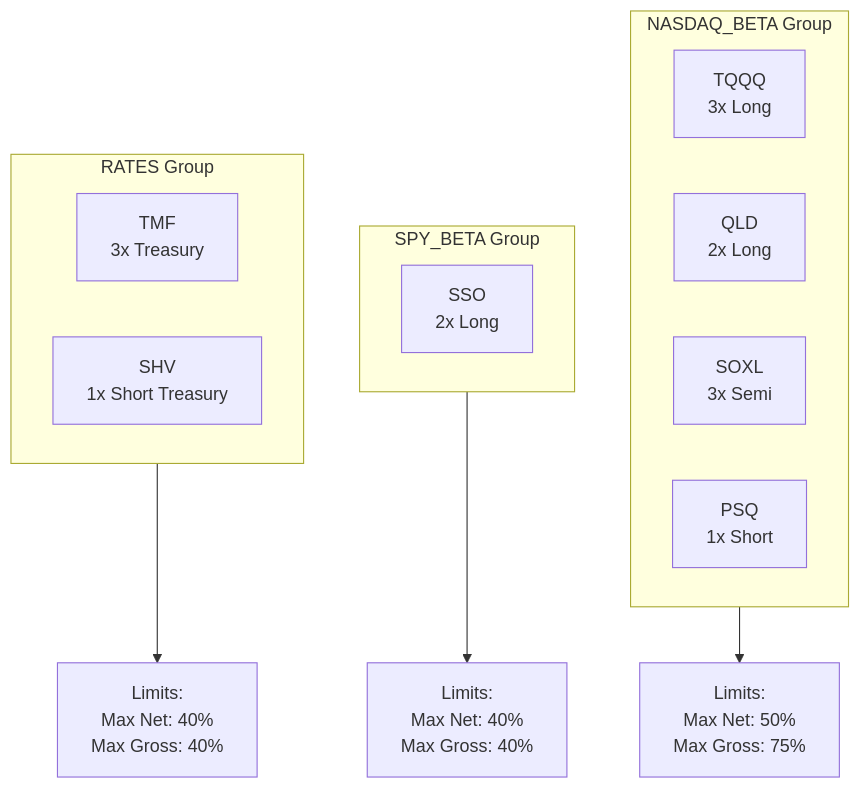
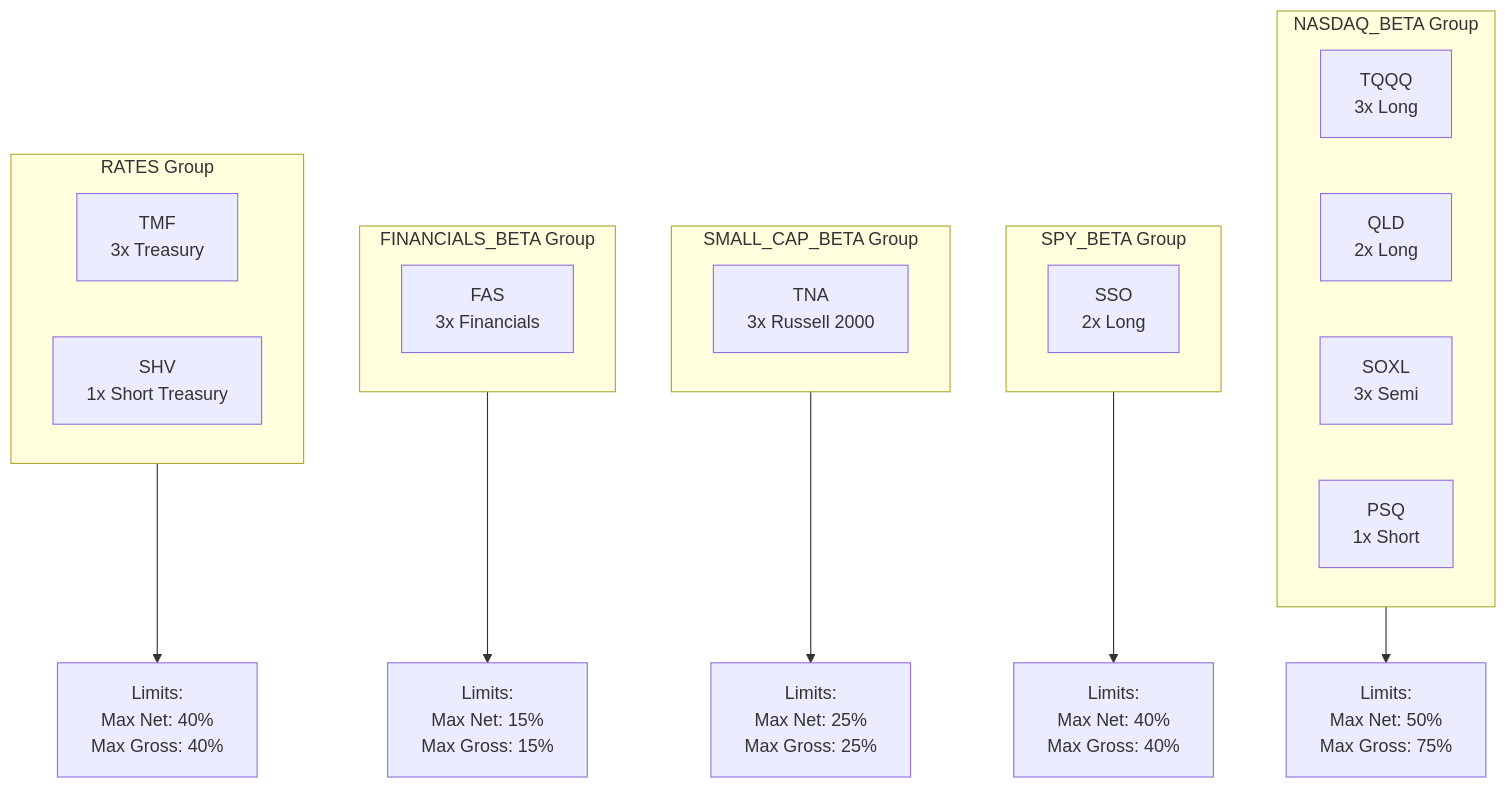
Before and after one commit to vickdavinci/alpha-nextgen-v2-private: the second of 2 diagrams in docs/system/03-data-infrastructure.md, drawn with Mermaid. The commit also changed other lines of this file and 6 other files, not shown here.

````diff
--- a/docs/system/03-data-infrastructure.md
+++ b/docs/system/03-data-infrastructure.md
@@ -119,24 +123,34 @@
 ```mermaid
 flowchart TB
     subgraph NASDAQ["NASDAQ_BETA Group"]
         direction LR
         N1["TQQQ<br/>3x Long"]
         N2["QLD<br/>2x Long"]
         N3["SOXL<br/>3x Semi"]
         N4["PSQ<br/>1x Short"]
     end
 
     subgraph SPY_GROUP["SPY_BETA Group"]
         S1["SSO<br/>2x Long"]
     end
 
+    subgraph SMALL_CAP["SMALL_CAP_BETA Group"]
+        SC1["TNA<br/>3x Russell 2000"]
+    end
+
+    subgraph FINANCIALS["FINANCIALS_BETA Group"]
+        F1["FAS<br/>3x Financials"]
+    end
+
     subgraph RATES["RATES Group"]
         direction LR
         R1["TMF<br/>3x Treasury"]
         R2["SHV<br/>1x Short Treasury"]
     end
 
     NASDAQ --> N_LIMITS["Limits:<br/>Max Net: 50%<br/>Max Gross: 75%"]
     SPY_GROUP --> S_LIMITS["Limits:<br/>Max Net: 40%<br/>Max Gross: 40%"]
+    SMALL_CAP --> SC_LIMITS["Limits:<br/>Max Net: 25%<br/>Max Gross: 25%"]
+    FINANCIALS --> F_LIMITS["Limits:<br/>Max Net: 15%<br/>Max Gross: 15%"]
     RATES --> R_LIMITS["Limits:<br/>Max Net: 40%<br/>Max Gross: 40%"]
 ```
````
